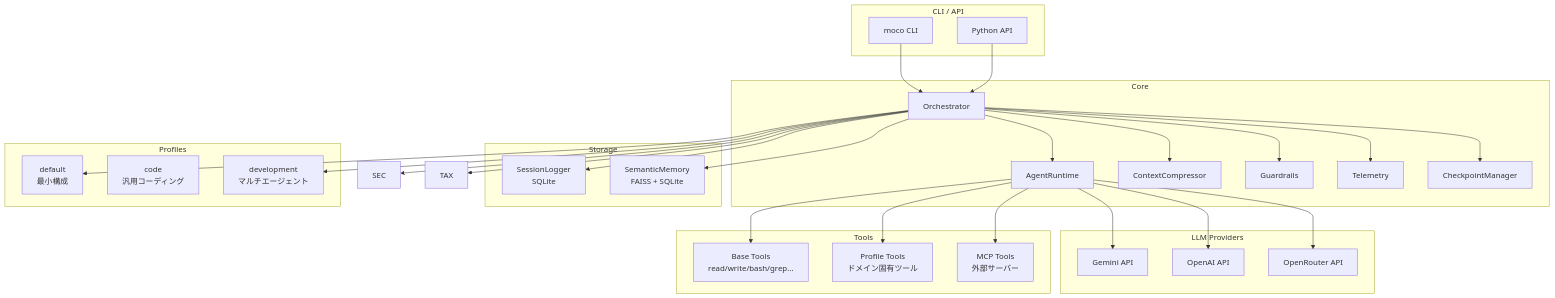
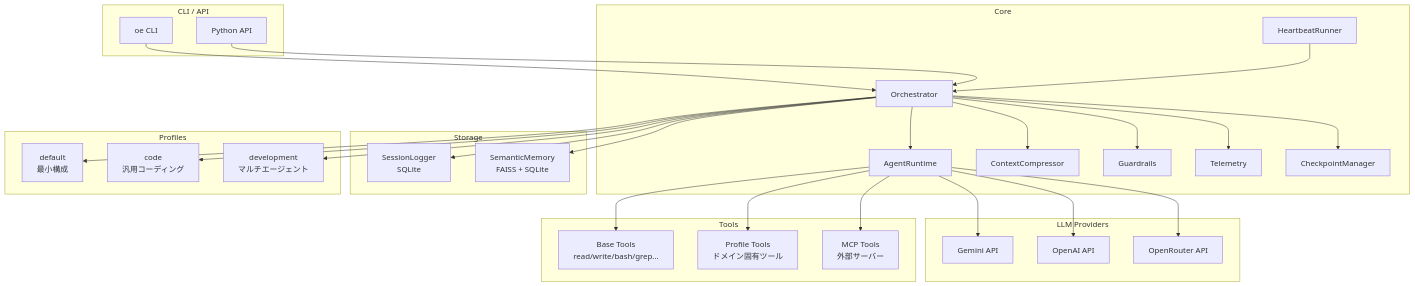
Before and after one commit to ShinjiKimuradascap/open-entity: the diagram in README_ja.md, drawn with Mermaid. The commit also changed other lines of this file and 3 other files, not shown here.

First line of the commit message:
chore: rebrand README_ja.md, add architecture diagrams, harden .gitignore

````diff
--- a/README_ja.md
+++ b/README_ja.md
@@ -284,62 +257,63 @@
 ```mermaid
 graph TB
     subgraph "CLI / API"
-        CLI[moco CLI]
+        CLI[oe CLI]
         API[Python API]
     end
 
     subgraph "Core"
         ORCH[Orchestrator]
         RUNTIME[AgentRuntime]
         COMP[ContextCompressor]
         GUARD[Guardrails]
         TELEM[Telemetry]
         CKPT[CheckpointManager]
+        HB[HeartbeatRunner]
     end
 
     subgraph "Storage"
         SESSION[SessionLogger<br/>SQLite]
         SEMANTIC[SemanticMemory<br/>FAISS + SQLite]
     end
 
     subgraph "LLM Providers"
         GEMINI[Gemini API]
         OPENAI[OpenAI API]
         OPENROUTER[OpenRouter API]
     end
 
     subgraph "Tools"
         BASE[Base Tools<br/>read/write/bash/grep...]
         PROFILE[Profile Tools<br/>ドメイン固有ツール]
         MCP[MCP Tools<br/>外部サーバー]
     end
 
     subgraph "Profiles"
         DEFAULT[default<br/>最小構成]
         CODE[code<br/>汎用コーディング]
         DEV[development<br/>マルチエージェント]
     end
 
     CLI --> ORCH
     API --> ORCH
     ORCH --> RUNTIME
     ORCH --> COMP
     ORCH --> GUARD
     ORCH --> TELEM
     ORCH --> CKPT
     ORCH --> SESSION
     ORCH --> SEMANTIC
+    HB --> ORCH
 
     RUNTIME --> GEMINI
     RUNTIME --> OPENAI
     RUNTIME --> OPENROUTER
 
     RUNTIME --> BASE
     RUNTIME --> PROFILE
     RUNTIME --> MCP
 
     ORCH --> DEFAULT
+    ORCH --> CODE
     ORCH --> DEV
-    ORCH --> SEC
-    ORCH --> TAX
 ```
````
